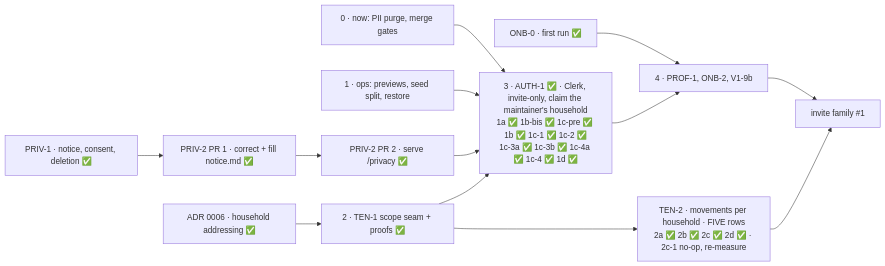
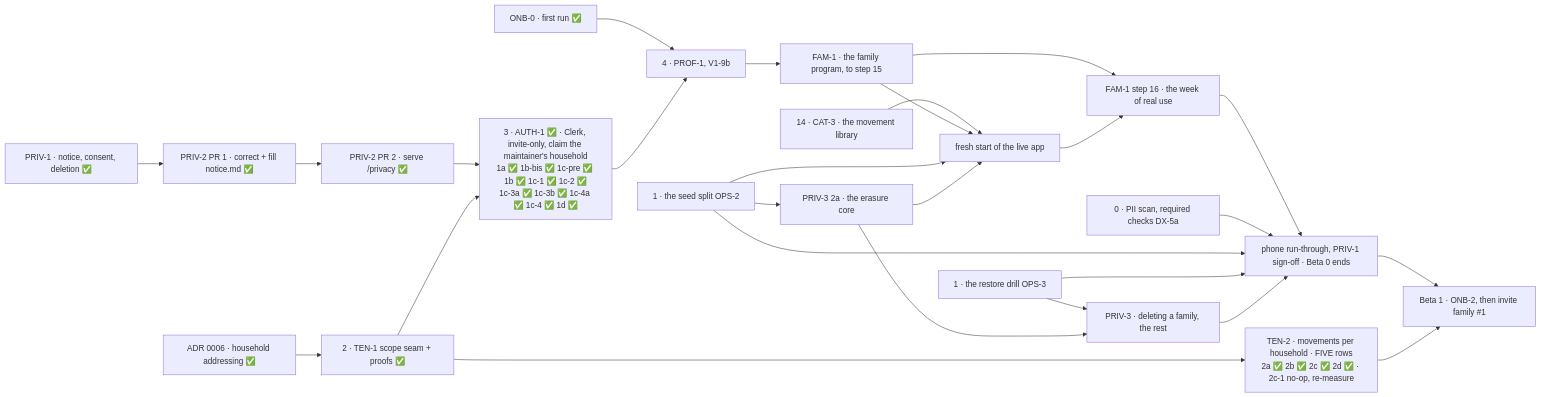
The diagram in docs/milestones/beta-1.md (ralamode/mat-plan), drawn with Mermaid before and after one commit. The commit also changed other lines of this file, not shown here.

Commit message:
docs(beta-0): the step chart draws the family program, the movement library and the fresh start (#544)
* docs(beta-0): the step chart draws the family program, the movement library and the fresh start

* docs(beta-0): the chart's library line stands alone, and the owed ops work feeds beta 0's end

* docs(beta-0): the fresh start waits for the seed split and the erasure core, not the drill

---------

````diff
--- a/docs/milestones/beta-1.md
+++ b/docs/milestones/beta-1.md
@@ -97,15 +97,28 @@
 ```mermaid
 flowchart LR
-  N[0 · now: PII purge, merge gates] --> AU
-  O[1 · ops: previews, seed split, restore] --> AU
   ONB[ONB-0 · first run ✅] --> S
   PRIV[PRIV-1 · notice, consent, deletion ✅] --> P1[PRIV-2 PR 1 · correct + fill notice.md ✅]
   P1 --> P2[PRIV-2 PR 2 · serve /privacy ✅]
   P2 --> AU
   C[ADR 0006 · household addressing ✅] --> T[2 · TEN-1 scope seam + proofs ✅]
   T --> AU[3 · AUTH-1 ✅ · Clerk, invite-only, claim the maintainer's household<br/>1a ✅ 1b-bis ✅ 1c-pre ✅ 1b ✅ 1c-1 ✅ 1c-2 ✅<br/>1c-3a ✅ 1c-3b ✅ 1c-4a ✅ 1c-4 ✅ 1d ✅]
   T --> T2[TEN-2 · movements per household · FIVE rows<br/>2a ✅ 2b ✅ 2c ✅ 2d ✅ · 2c-1 no-op, re-measure]
-  AU --> S[4 · PROF-1, ONB-2, V1-9b]
-  S --> I[invite family #1]
+  AU --> S[4 · PROF-1, V1-9b]
+  S --> F[FAM-1 · the family program, to step 15]
+  K[14 · CAT-3 · the movement library] --> R[fresh start of the live app]
+  F --> R
+  O2[1 · the seed split OPS-2] --> R
+  O2 --> P3a[PRIV-3 2a · the erasure core]
+  P3a --> R
+  F --> W[FAM-1 step 16 · the week of real use]
+  R --> W
+  W --> B0[phone run-through, PRIV-1 sign-off · Beta 0 ends]
+  N[0 · PII scan, required checks DX-5a] --> B0
+  O2 --> B0
+  O3[1 · the restore drill OPS-3] --> P3[PRIV-3 · deleting a family, the rest]
+  P3a --> P3
+  O3 --> B0
+  P3 --> B0
+  B0 --> I[Beta 1 · ONB-2, then invite family #1]
   T2 --> I
 ```
````
